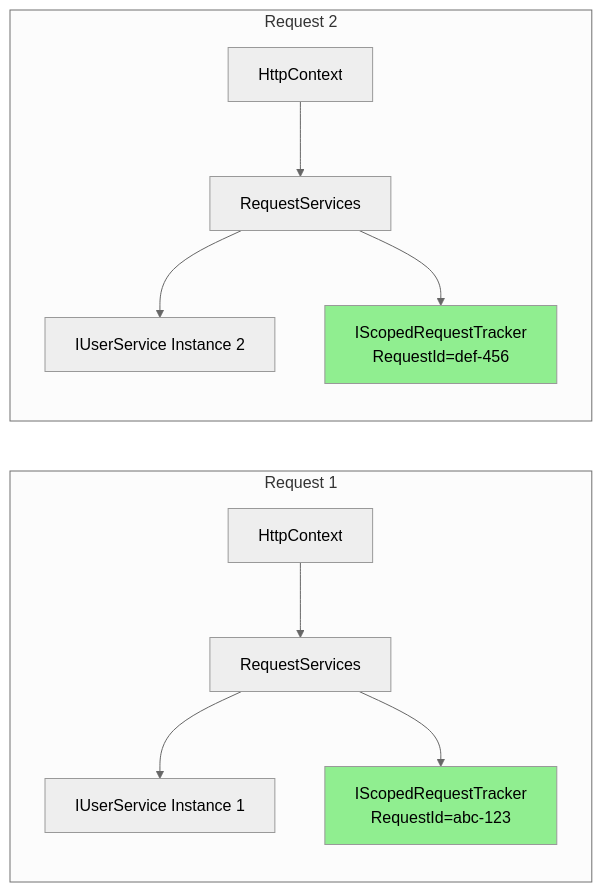
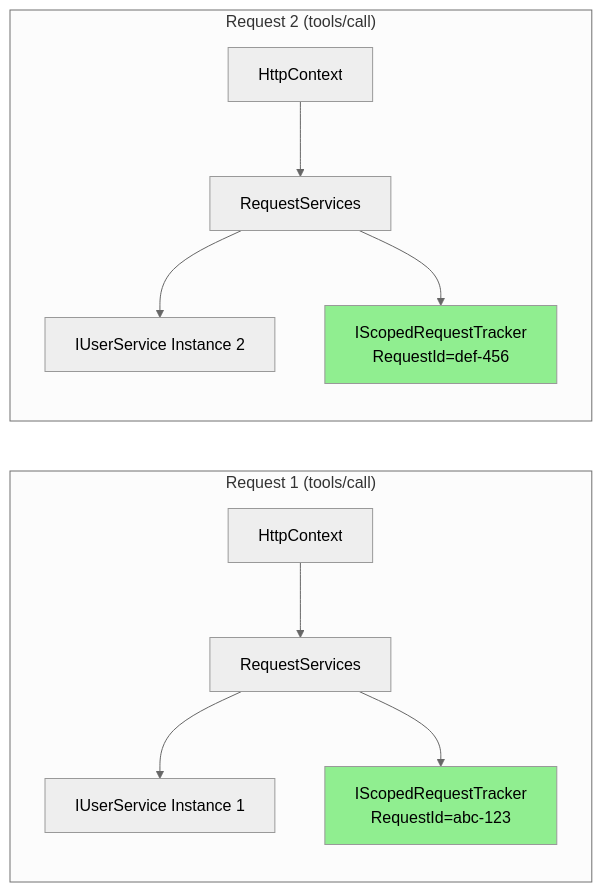
Before and after one commit to LadislavSopko/net-api-with-mcp: the tenth of 10 diagrams in docs/MCP-COMPLETE-INTEGRATION-GUIDE.md, drawn with Mermaid (neutral theme). The commit also changed other lines of this file and 4 other files, not shown here.

````diff
--- a/docs/MCP-COMPLETE-INTEGRATION-GUIDE.md
+++ b/docs/MCP-COMPLETE-INTEGRATION-GUIDE.md
@@ -2025,19 +2594,19 @@
 ```mermaid
 graph LR
-    subgraph "Request 1"
+    subgraph "Request 1 (tools/call)"
         R1[HttpContext] --> S1[RequestServices]
         S1 --> I1[IUserService Instance 1]
         S1 --> T1["IScopedRequestTracker
         RequestId=abc-123"]
     end
 
-    subgraph "Request 2"
+    subgraph "Request 2 (tools/call)"
         R2[HttpContext] --> S2[RequestServices]
         S2 --> I2[IUserService Instance 2]
         S2 --> T2["IScopedRequestTracker
         RequestId=def-456"]
     end
 
     style T1 fill:#90EE90
     style T2 fill:#90EE90
 ```
````
